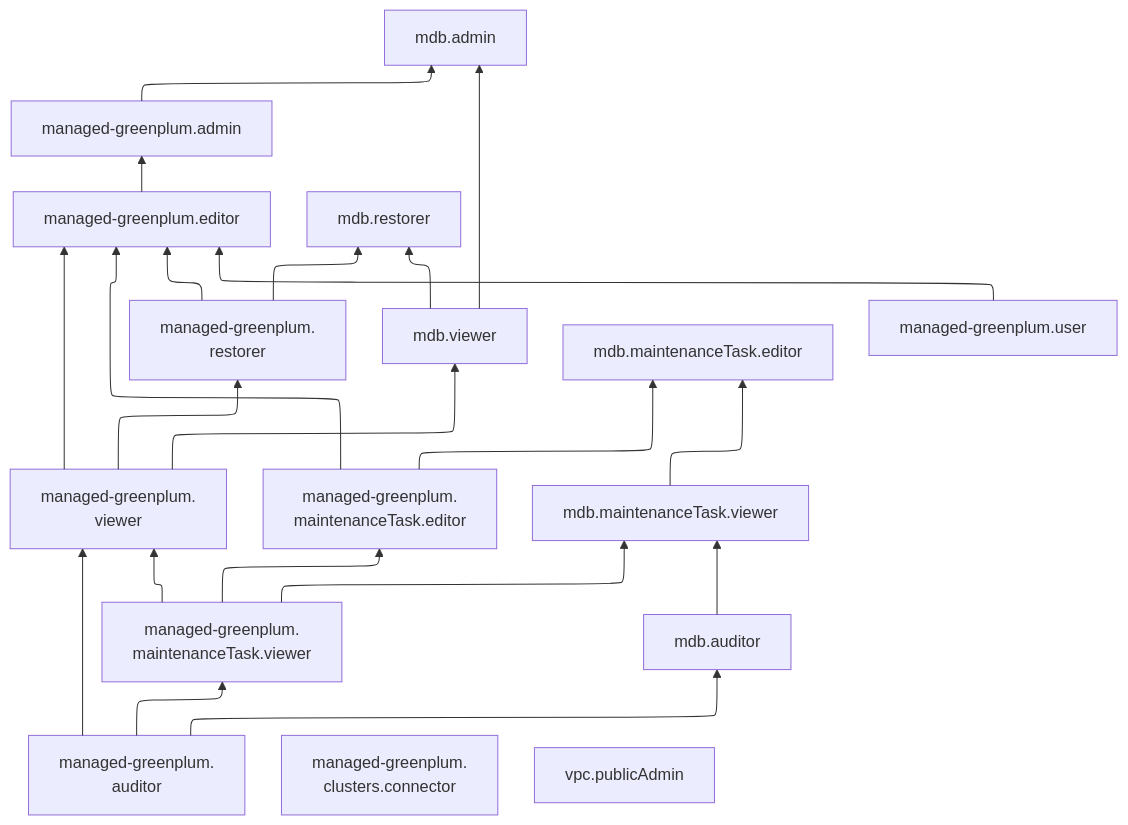
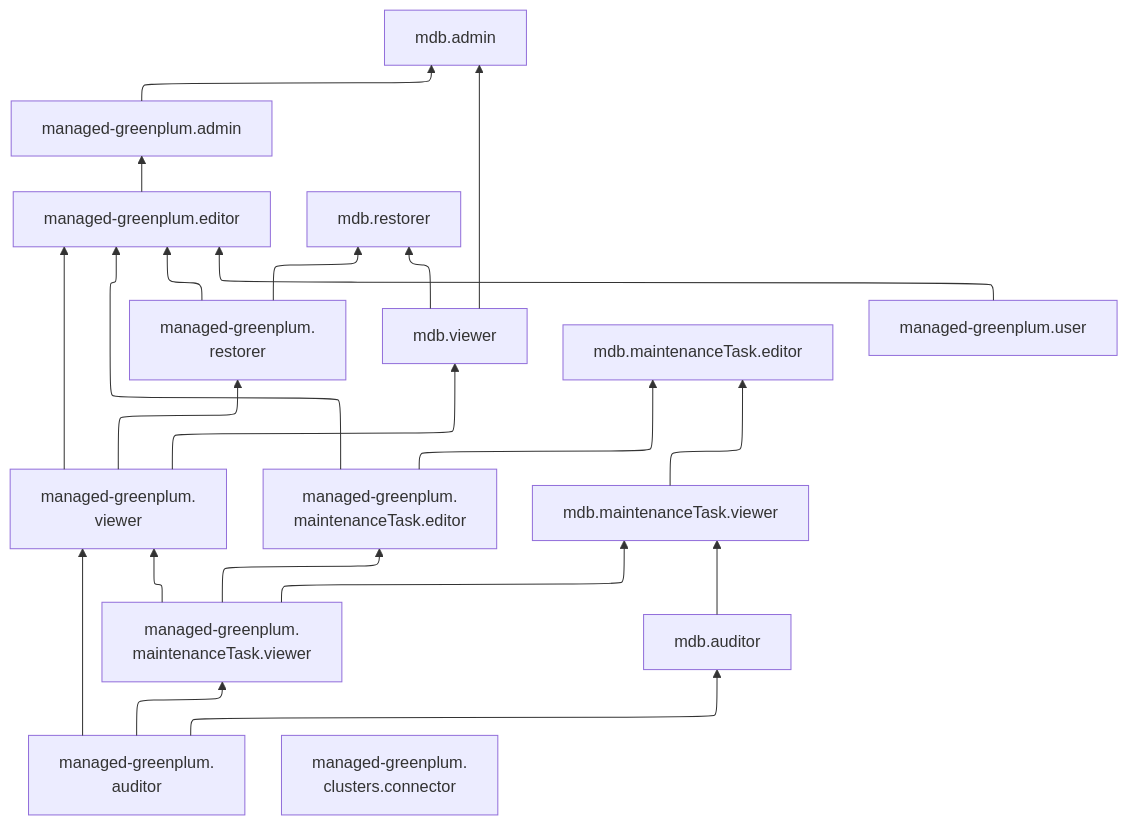
One commit to yandex-cloud/docs changed the diagram in en/_mermaid/roles/managed-greenplum.md. Above: the diagram before and after it, drawn with Mermaid. The commit also changed 532 other files, not shown here.

````diff
--- a/en/_mermaid/roles/managed-greenplum.md
+++ b/en/_mermaid/roles/managed-greenplum.md
@@ -1,36 +1,36 @@
 ```mermaid
-%%{
-  init: {
-    "flowchart": { "defaultRenderer": "elk" },
-    "elk": { "nodePlacementStrategy": "NETWORK_SIMPLEX" }
-  }
-}%%
+---
+config:
+  flowchart:
+    defaultRenderer: elk
+  elk:
+    nodePlacementStrategy: NETWORK_SIMPLEX
+---
 flowchart BT
     managed-greenplum.auditor --> managed-greenplum.viewer --> managed-greenplum.editor
     managed-greenplum.maintenanceTask.viewer --> managed-greenplum.maintenanceTask.editor
     managed-greenplum.maintenanceTask.viewer --> managed-greenplum.viewer["`managed-greenplum.
     viewer`"]
     managed-greenplum.maintenanceTask.viewer --> mdb.maintenanceTask.viewer
     mdb.auditor --> mdb.maintenanceTask.viewer
     managed-greenplum.viewer --> managed-greenplum.restorer["`managed-greenplum.
     restorer`"]
     managed-greenplum.viewer --> mdb.viewer
     managed-greenplum.restorer --> managed-greenplum.editor
     mdb.maintenanceTask.viewer --> mdb.maintenanceTask.editor
     managed-greenplum.maintenanceTask.editor --> mdb.maintenanceTask.editor
     managed-greenplum.maintenanceTask.editor["`managed-greenplum.
     maintenanceTask.editor`"] --> managed-greenplum.editor
     managed-greenplum.auditor["`managed-greenplum.
     auditor`"] --> managed-greenplum.maintenanceTask.viewer["`managed-greenplum.
     maintenanceTask.viewer`"]
     managed-greenplum.auditor --> mdb.auditor
     managed-greenplum.user --> managed-greenplum.editor
     managed-greenplum.editor --> managed-greenplum.admin
     managed-greenplum.restorer --> mdb.restorer
     mdb.viewer --> mdb.restorer
     managed-greenplum.admin --> mdb.admin
     mdb.viewer --> mdb.admin
     managed-greenplum.clusters.connector["`managed-greenplum.
-  clusters.connector`"]
-    vpc.publicAdmin
+    clusters.connector`"]
 ```
````
